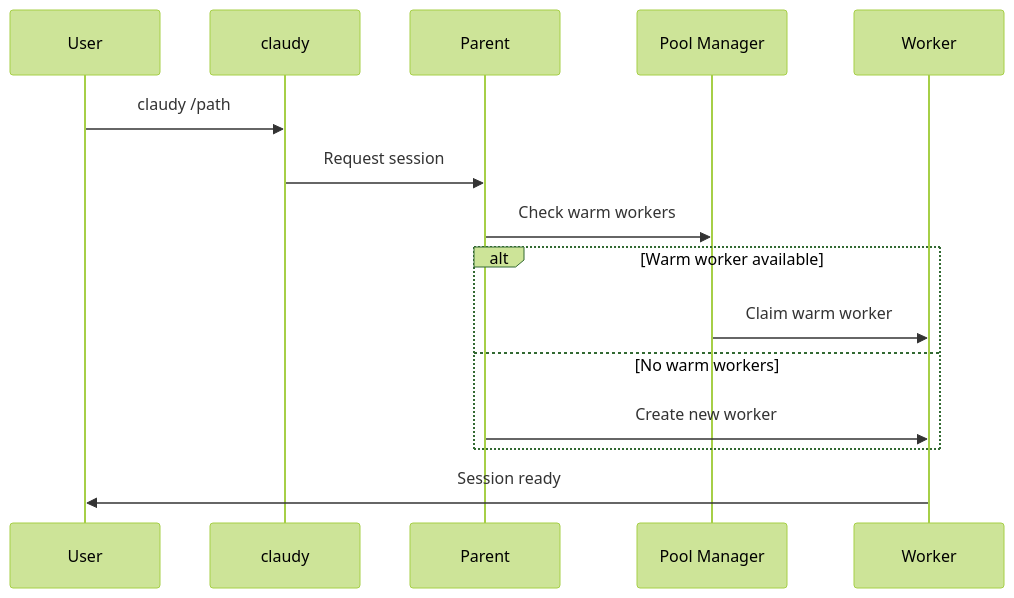
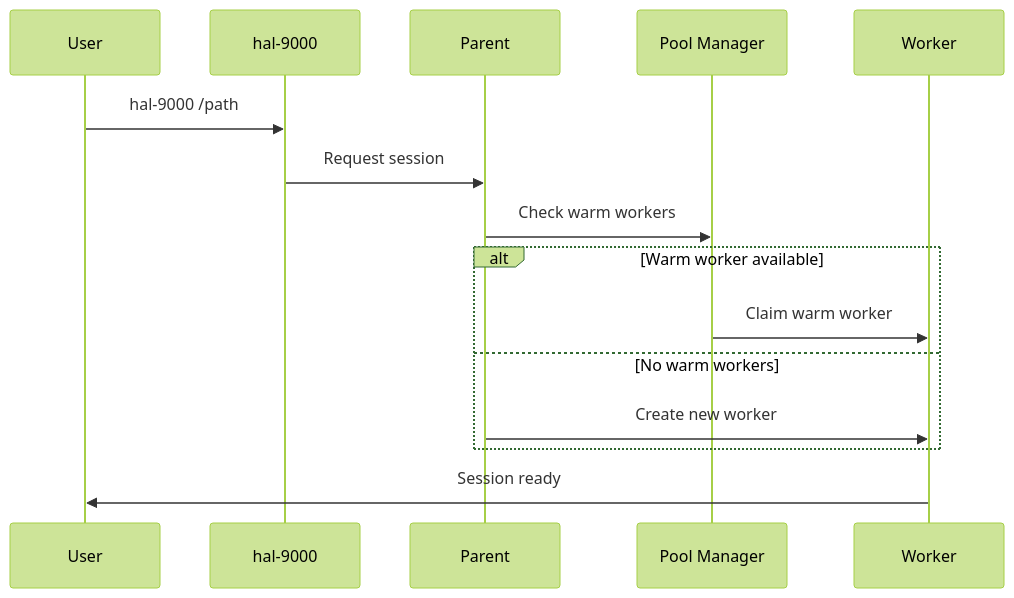
One commit to Hellblazer/hal-9000 changed the fourth of 5 diagrams in plugins/hal-9000/docs/dind/ARCHITECTURE.md. Above: the diagram before and after it, drawn with Mermaid (forest theme). The commit also changed 35 other files, not shown here.

First line of the commit message:
Rename claudy to hal-9000 CLI

````diff
--- a/plugins/hal-9000/docs/dind/ARCHITECTURE.md
+++ b/plugins/hal-9000/docs/dind/ARCHITECTURE.md
@@ -174,18 +174,18 @@
 ```mermaid
 sequenceDiagram
     participant User
-    participant claudy
+    participant hal-9000
     participant Parent
     participant Pool as Pool Manager
     participant Worker
 
-    User->>claudy: claudy /path
-    claudy->>Parent: Request session
+    User->>hal-9000: hal-9000 /path
+    hal-9000->>Parent: Request session
     Parent->>Pool: Check warm workers
     alt Warm worker available
         Pool->>Worker: Claim warm worker
     else No warm workers
         Parent->>Worker: Create new worker
     end
     Worker->>User: Session ready
 ```
````
